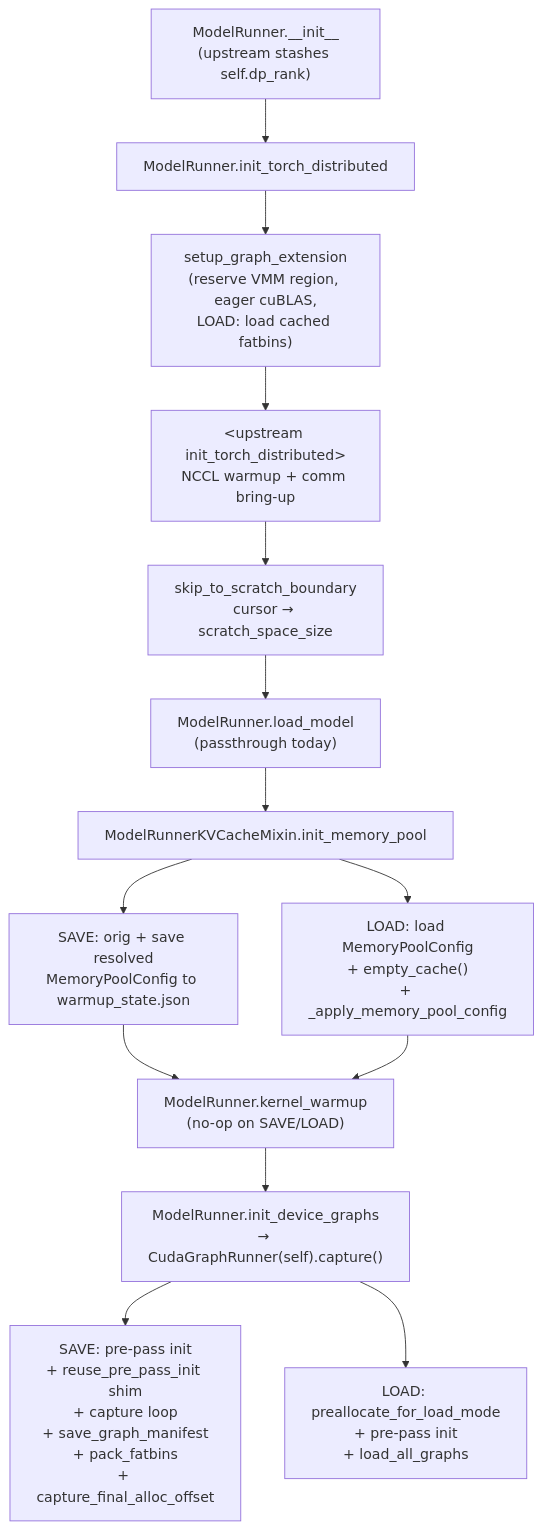
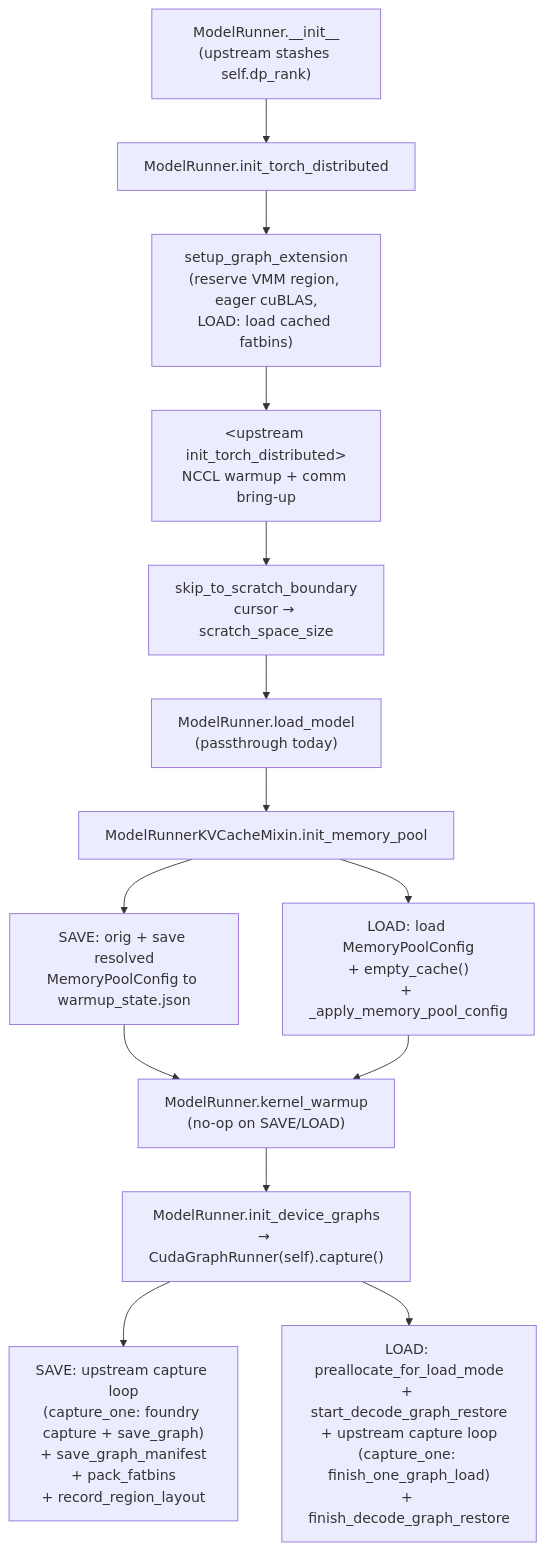
The diagram in docs/sglang/memory-lifecycle.md (foundry-org/foundry), drawn with Mermaid before and after one commit. The commit also changed other lines of this file and 14 other files, not shown here.

Commit message:
[doc] SGLang: overview, hooks, memory lifecycle, known issues, graph-state checklist, validated configs, stage figure; bare-host udev wait; prewarm cost

````diff
--- a/docs/sglang/memory-lifecycle.md
+++ b/docs/sglang/memory-lifecycle.md
@@ -27,27 +27,27 @@
 ```mermaid
 flowchart TD
     INIT["ModelRunner.__init__<br/>(upstream stashes self.dp_rank)"]
     TORCH["ModelRunner.init_torch_distributed"]
     TORCH_PRE["setup_graph_extension<br/>(reserve VMM region, eager cuBLAS,<br/>LOAD: load cached fatbins)"]
     TORCH_ORIG["&lt;upstream init_torch_distributed&gt;<br/>NCCL warmup + comm bring-up"]
     TORCH_POST["skip_to_scratch_boundary<br/>cursor → scratch_space_size"]
     LOAD_MODEL["ModelRunner.load_model<br/>(passthrough today)"]
     POOL["ModelRunnerKVCacheMixin.init_memory_pool"]
     POOL_SAVE["SAVE: orig + save resolved<br/>MemoryPoolConfig to warmup_state.json"]
     POOL_LOAD["LOAD: load MemoryPoolConfig<br/>+ empty_cache()<br/>+ _apply_memory_pool_config"]
     KWARM["ModelRunner.kernel_warmup<br/>(no-op on SAVE/LOAD)"]
     GRAPHS["ModelRunner.init_device_graphs<br/>→ CudaGraphRunner(self).capture()"]
-    SAVE_CAP["SAVE: pre-pass init<br/>+ reuse_pre_pass_init shim<br/>+ capture loop<br/>+ save_graph_manifest<br/>+ pack_fatbins<br/>+ capture_final_alloc_offset"]
-    LOAD_CAP["LOAD: preallocate_for_load_mode<br/>+ pre-pass init<br/>+ load_all_graphs"]
+    SAVE_CAP["SAVE: upstream capture loop<br/>(capture_one: foundry capture + save_graph)<br/>+ save_graph_manifest<br/>+ pack_fatbins<br/>+ record_region_layout"]
+    LOAD_CAP["LOAD: preallocate_for_load_mode<br/>+ start_decode_graph_restore<br/>+ upstream capture loop<br/>(capture_one: finish_one_graph_load)<br/>+ finish_decode_graph_restore"]
 
     INIT --> TORCH
     TORCH --> TORCH_PRE --> TORCH_ORIG --> TORCH_POST
     TORCH_POST --> LOAD_MODEL --> POOL
     POOL --> POOL_SAVE
     POOL --> POOL_LOAD
     POOL_SAVE --> KWARM
     POOL_LOAD --> KWARM
     KWARM --> GRAPHS
     GRAPHS --> SAVE_CAP
     GRAPHS --> LOAD_CAP
 ```
````
